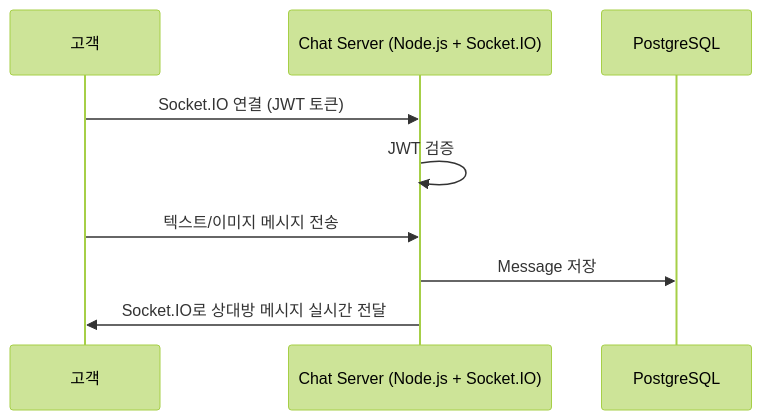
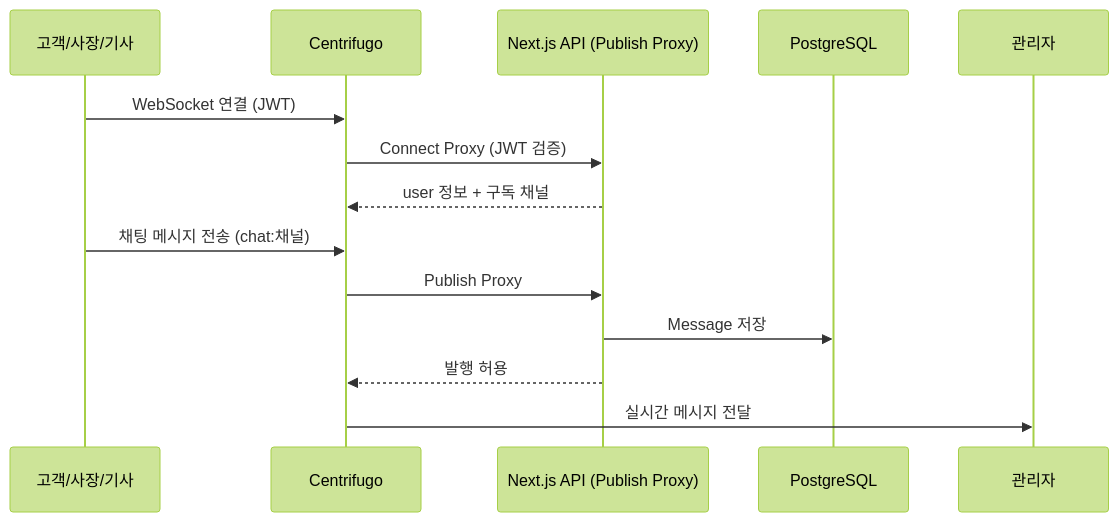
The fourth of 6 diagrams in docs/architecture.md (JunPyo0117/B-Delivery), drawn with Mermaid (forest theme) before and after one commit. The commit also changed other lines of this file, not shown here.

First line of the commit message:
WIP(arch): 아키텍처 v3 — Socket.IO → Centrifugo Proxy 패턴 전환

````diff
--- a/docs/architecture.md
+++ b/docs/architecture.md
@@ -100,12 +119,18 @@
 ```mermaid
 sequenceDiagram
-    participant User as 고객
-    participant Chat as Chat Server (Node.js + Socket.IO)
+    participant User as 고객/사장/기사
+    participant Centro as Centrifugo
+    participant API as Next.js API (Publish Proxy)
     participant DB as PostgreSQL
+    participant Admin as 관리자
 
-    User->>Chat: Socket.IO 연결 (JWT 토큰)
-    Chat->>Chat: JWT 검증
-    User->>Chat: 텍스트/이미지 메시지 전송
-    Chat->>DB: Message 저장
-    Chat->>User: Socket.IO로 상대방 메시지 실시간 전달
+    User->>Centro: WebSocket 연결 (JWT)
+    Centro->>API: Connect Proxy (JWT 검증)
+    API-->>Centro: user 정보 + 구독 채널
+
+    User->>Centro: 채팅 메시지 전송 (chat:채널)
+    Centro->>API: Publish Proxy
+    API->>DB: Message 저장
+    API-->>Centro: 발행 허용
+    Centro->>Admin: 실시간 메시지 전달
 ```
````
